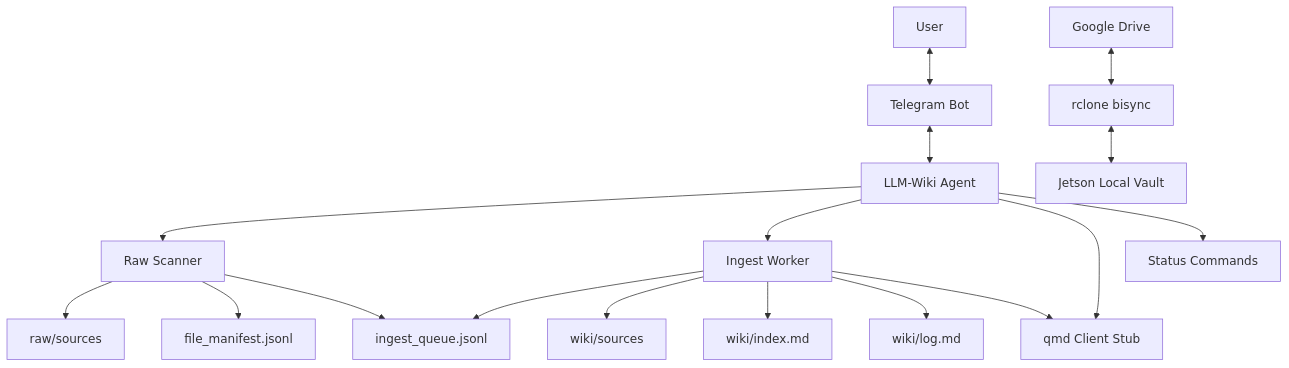
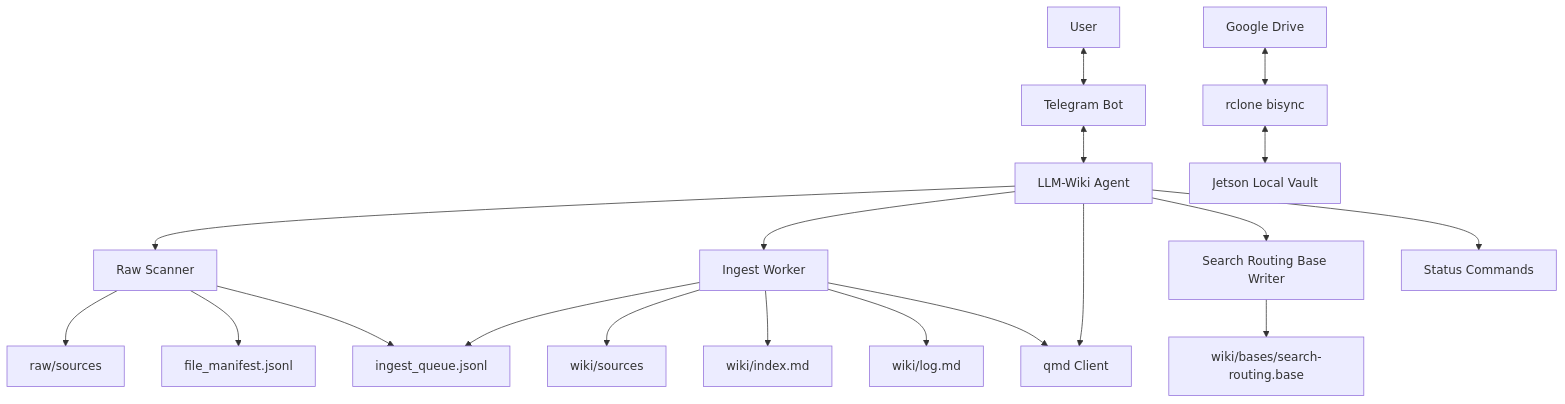
The first of 5 diagrams in docs/README.md (Gaebobman/llm-wiki-agent), drawn with Mermaid before and after one commit. The commit also changed other lines of this file and 14 other files, not shown here.

Commit message:
Implement search routing and upload features

````diff
--- a/docs/README.md
+++ b/docs/README.md
@@ -30,23 +31,25 @@
 ```mermaid
 flowchart TD
     User[User] <--> Telegram[Telegram Bot]
     Telegram <--> Agent[LLM-Wiki Agent]
 
     Drive[Google Drive] <--> Rclone[rclone bisync]
     Rclone <--> Vault[Jetson Local Vault]
 
     Agent --> Scanner[Raw Scanner]
     Agent --> Worker[Ingest Worker]
-    Agent --> Qmd[qmd Client Stub]
+    Agent --> Qmd[qmd Client]
+    Agent --> Bases[Search Routing Base Writer]
     Agent --> Status[Status Commands]
 
     Scanner --> Raw[raw/sources]
     Scanner --> Manifest[file_manifest.jsonl]
     Scanner --> Queue[ingest_queue.jsonl]
 
     Worker --> Queue
     Worker --> Sources[wiki/sources]
     Worker --> Index[wiki/index.md]
     Worker --> Log[wiki/log.md]
     Worker --> Qmd
+    Bases --> BaseFile[wiki/bases/search-routing.base]
 ```
````
